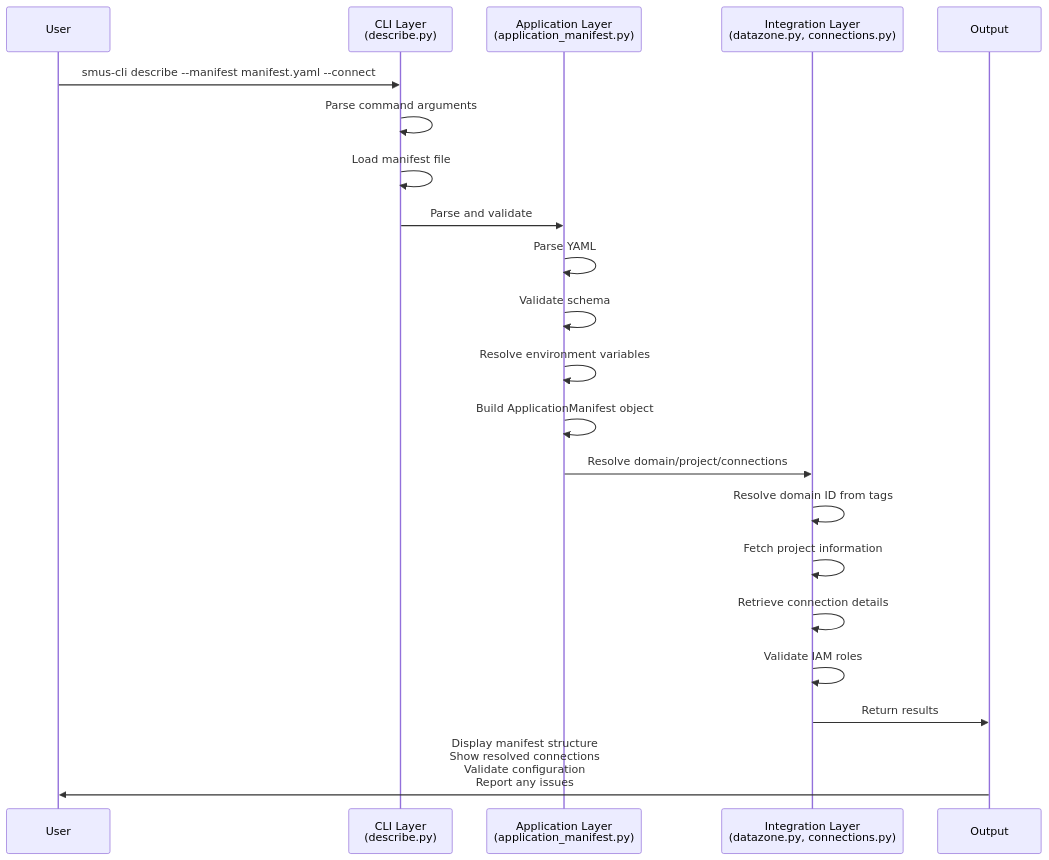
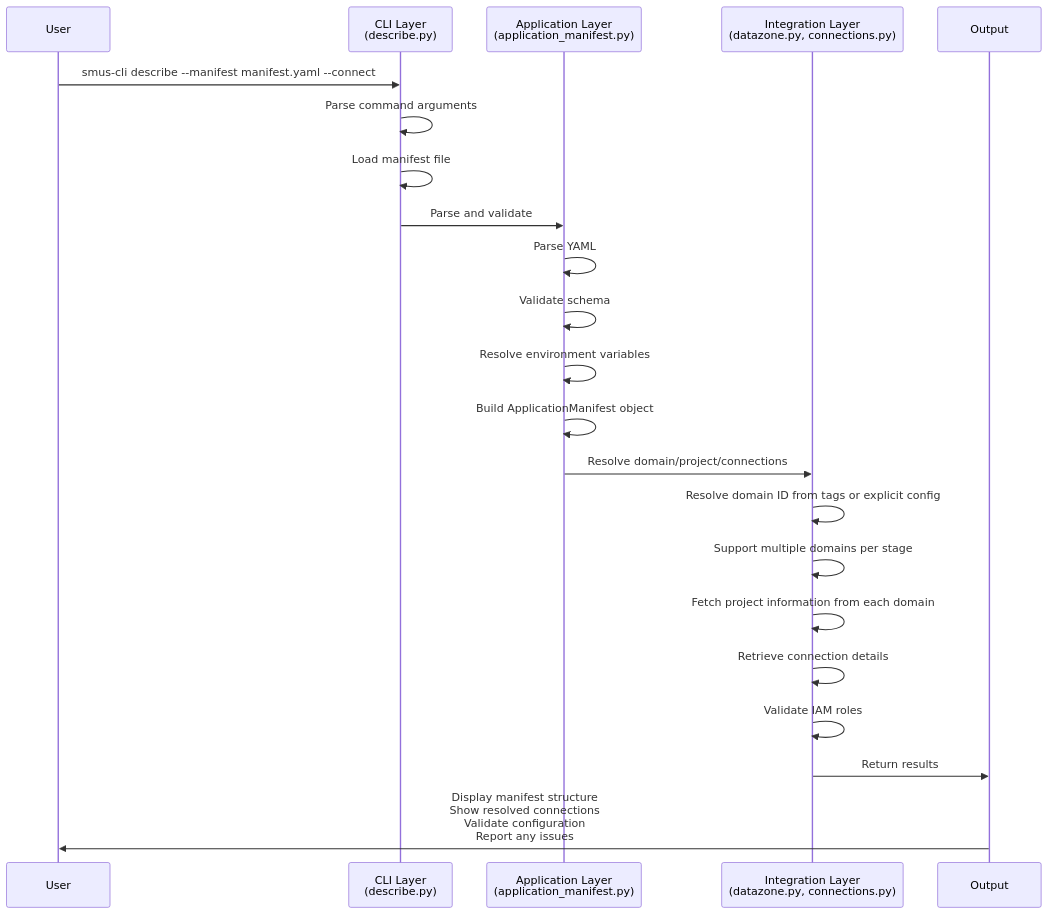
The fourth of 16 diagrams in docs/architecture.md (vasu2856/CICD-for-SageMakerUnifiedStudio-public), drawn with Mermaid before and after one commit. The commit also changed other lines of this file, not shown here.

First line of the commit message:
docs(architecture): clarify multi-domain and multi-project deployment support

````diff
--- a/docs/architecture.md
+++ b/docs/architecture.md
@@ -312,24 +360,25 @@
 ```mermaid
 sequenceDiagram
     participant User
     participant CLI as CLI Layer<br/>(describe.py)
     participant App as Application Layer<br/>(application_manifest.py)
     participant Int as Integration Layer<br/>(datazone.py, connections.py)
     participant Output
     
     User->>CLI: smus-cli describe --manifest manifest.yaml --connect
     CLI->>CLI: Parse command arguments
     CLI->>CLI: Load manifest file
     CLI->>App: Parse and validate
     App->>App: Parse YAML
     App->>App: Validate schema
     App->>App: Resolve environment variables
     App->>App: Build ApplicationManifest object
     App->>Int: Resolve domain/project/connections
-    Int->>Int: Resolve domain ID from tags
-    Int->>Int: Fetch project information
+    Int->>Int: Resolve domain ID from tags or explicit config
+    Int->>Int: Support multiple domains per stage
+    Int->>Int: Fetch project information from each domain
     Int->>Int: Retrieve connection details
     Int->>Int: Validate IAM roles
     Int->>Output: Return results
     Output->>User: Display manifest structure<br/>Show resolved connections<br/>Validate configuration<br/>Report any issues
 ```
````
